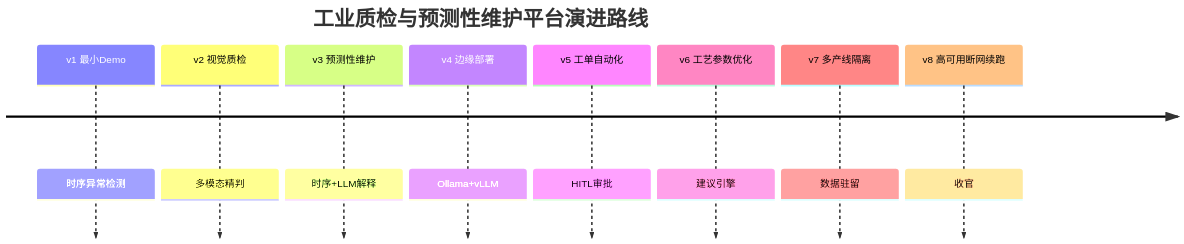
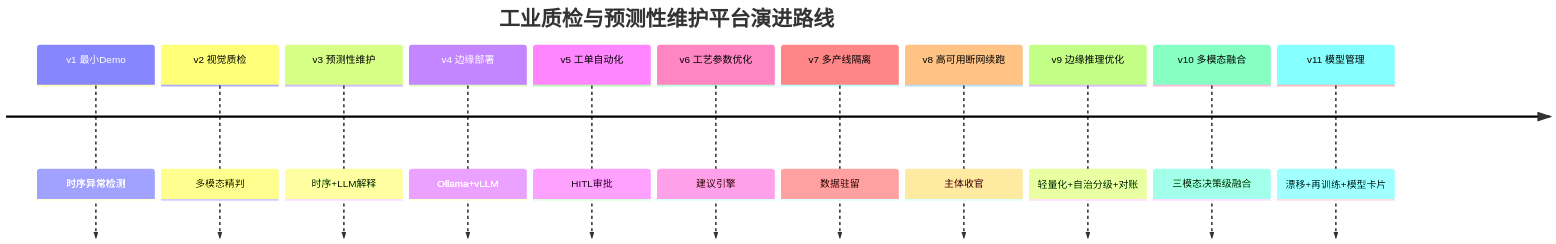
The first of 2 diagrams in docs/项目/11-工业质检与预测性维护/00-需求分析与架构设计.md (UranusGit/java-agent-learn), drawn with Mermaid before and after one commit. The commit also changed other lines of this file and 114 other files, not shown here.

````diff
--- a/docs/项目/11-工业质检与预测性维护/00-需求分析与架构设计.md
+++ b/docs/项目/11-工业质检与预测性维护/00-需求分析与架构设计.md
@@ -41,12 +59,15 @@
 ```mermaid
 timeline
     title 工业质检与预测性维护平台演进路线
     v1 最小Demo : 时序异常检测
     v2 视觉质检 : 多模态精判
     v3 预测性维护 : 时序+LLM解释
     v4 边缘部署 : Ollama+vLLM
     v5 工单自动化 : HITL审批
     v6 工艺参数优化 : 建议引擎
     v7 多产线隔离 : 数据驻留
-    v8 高可用断网续跑 : 收官
+    v8 高可用断网续跑 : 主体收官
+    v9 边缘推理优化 : 轻量化+自治分级+对账
+    v10 多模态融合 : 三模态决策级融合
+    v11 模型管理 : 漂移+再训练+模型卡片
 ```
````
